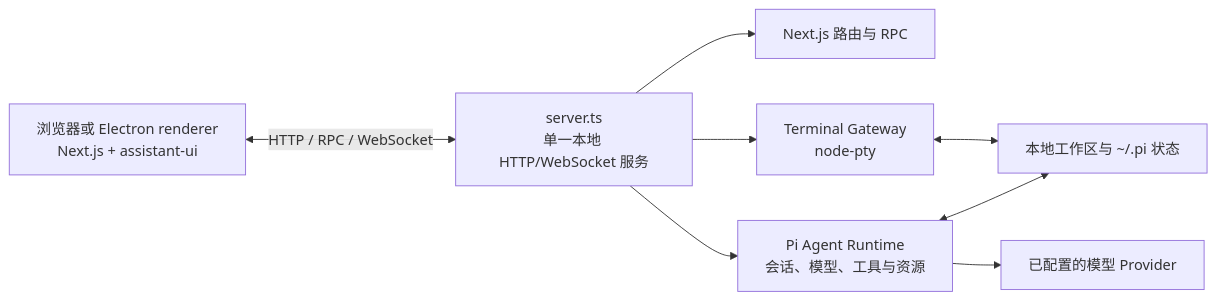
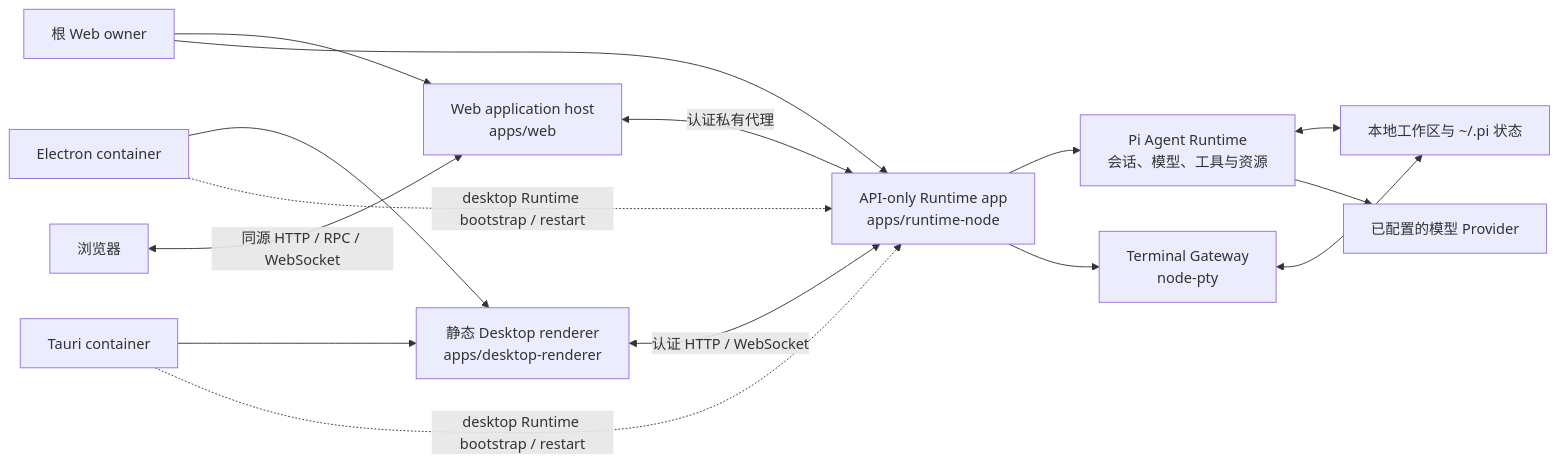
Before and after one commit to yyy0107/pi-workbench: the diagram in README.zh-CN.md, drawn with Mermaid. The commit also changed other lines of this file and 1873 other files, not shown here.

````diff
--- a/README.zh-CN.md
+++ b/README.zh-CN.md
@@ -220,18 +299,29 @@
 ```mermaid
 flowchart LR
-  client["浏览器或 Electron renderer<br/>Next.js + assistant-ui"]
-  server["server.ts<br/>单一本地 HTTP/WebSocket 服务"]
-  next["Next.js 路由与 RPC"]
+  owner["根 Web owner"]
+  browser["浏览器"]
+  web["Web application host<br/>apps/web"]
+  desktop["静态 Desktop renderer<br/>apps/desktop-renderer"]
+  electron["Electron container"]
+  tauri["Tauri container"]
+  runtime["API-only Runtime app<br/>apps/runtime-node"]
   pi["Pi Agent Runtime<br/>会话、模型、工具与资源"]
   terminal["Terminal Gateway<br/>node-pty"]
   local["本地工作区与 ~/.pi 状态"]
   providers["已配置的模型 Provider"]
 
-  client <-->|"HTTP / RPC / WebSocket"| server
-  server --> next
-  server --> pi
-  server --> terminal
+  owner --> web
+  owner --> runtime
+  browser <-->|"同源 HTTP / RPC / WebSocket"| web
+  electron --> desktop
+  tauri --> desktop
+  electron -.->|"desktop Runtime bootstrap / restart"| runtime
+  tauri -.->|"desktop Runtime bootstrap / restart"| runtime
+  web <-->|"认证私有代理"| runtime
+  desktop <-->|"认证 HTTP / WebSocket"| runtime
+  runtime --> pi
+  runtime --> terminal
   pi <--> local
   terminal <--> local
   pi --> providers
 ```
````
